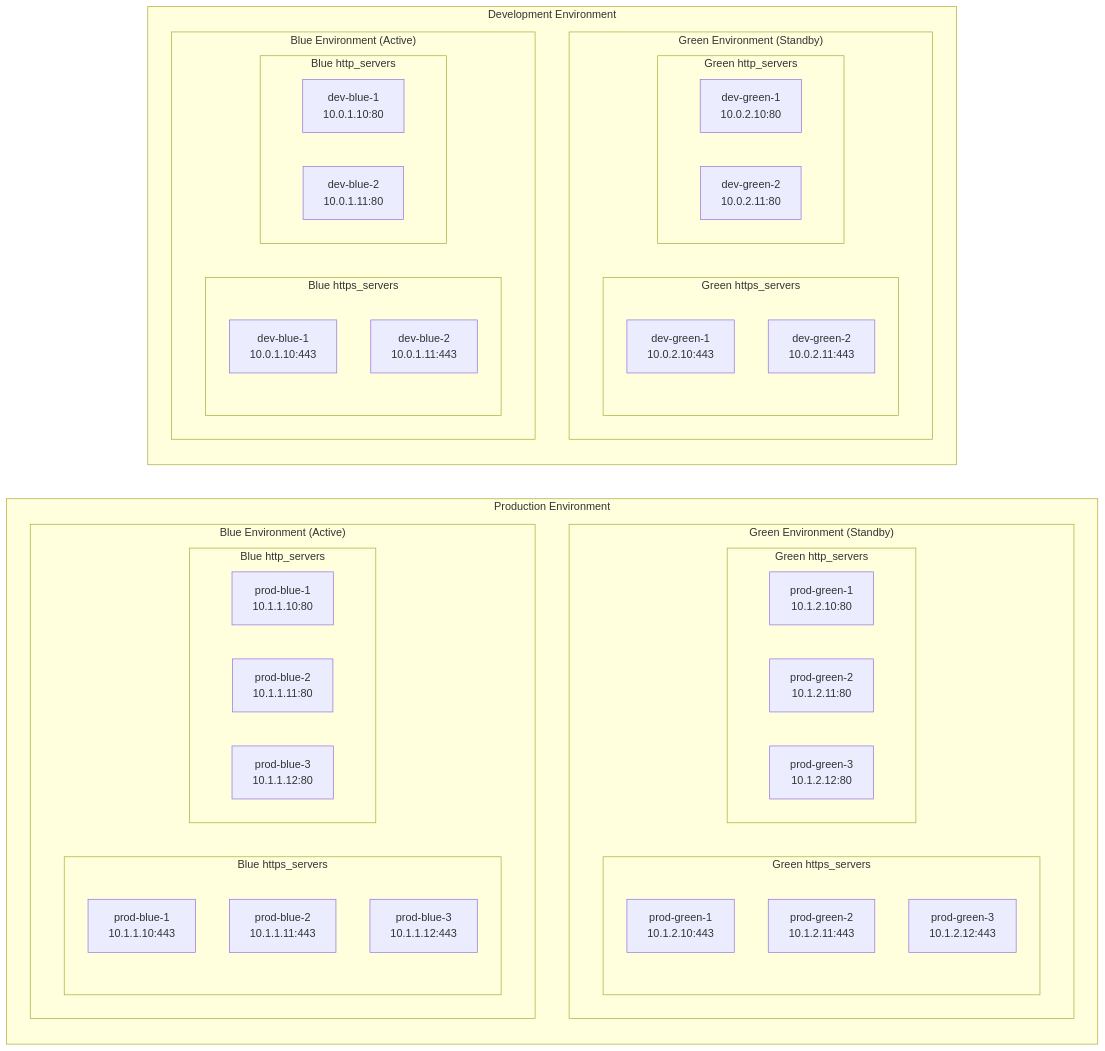
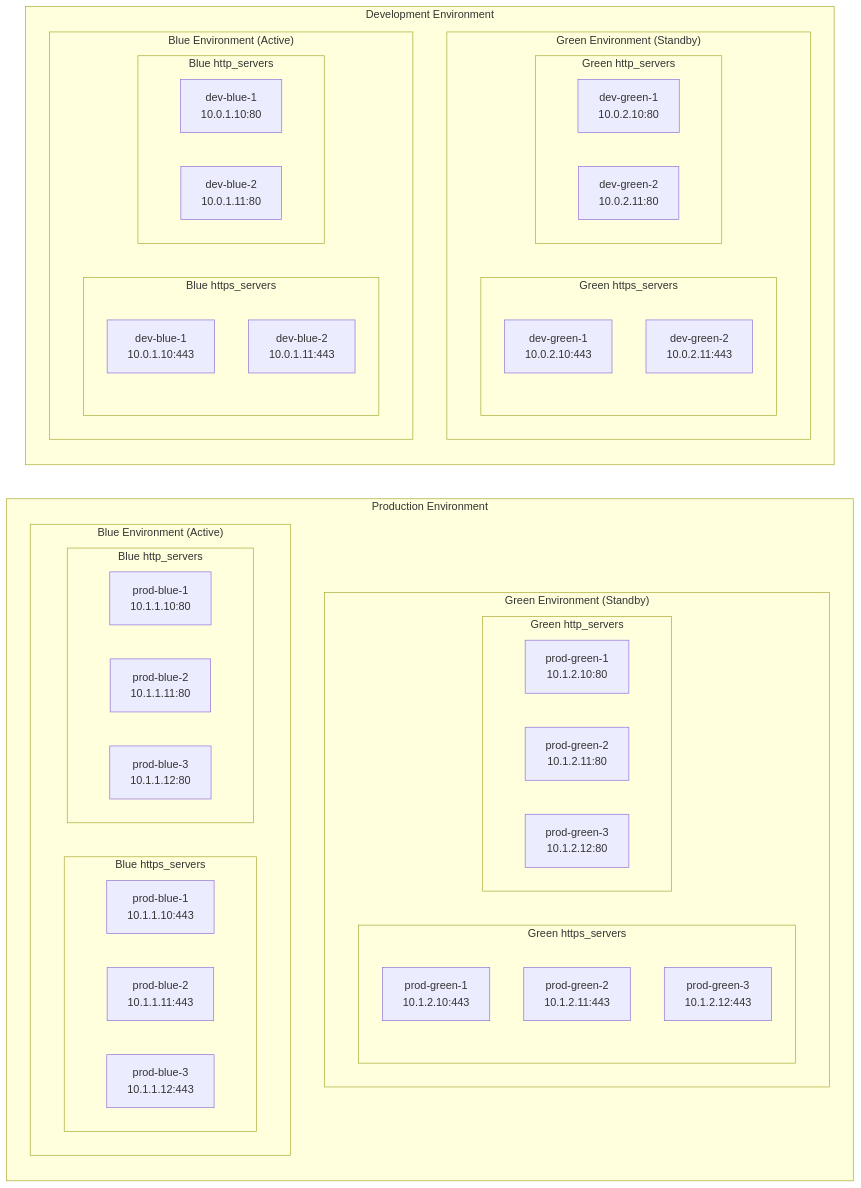
One commit to cadjai/ocp4-cluster-workload-migration changed the second of 2 diagrams in HAPROXY-BLUE-GREEN-README.md. Above: the diagram before and after it, drawn with Mermaid.

Commit message:
edit diagram

````diff
--- a/HAPROXY-BLUE-GREEN-README.md
+++ b/HAPROXY-BLUE-GREEN-README.md
@@ -60,54 +60,58 @@
 ```mermaid
 graph LR 
     subgraph "Production Environment"
         subgraph "Green Environment (Standby)"
             subgraph "Green https_servers"
                 PG4[prod-green-1<br/>10.1.2.10:443]
                 PG5[prod-green-2<br/>10.1.2.11:443]
                 PG6[prod-green-3<br/>10.1.2.12:443]
             end
             subgraph "Green http_servers"
                 PG1[prod-green-1<br/>10.1.2.10:80]
                 PG2[prod-green-2<br/>10.1.2.11:80]
                 PG3[prod-green-3<br/>10.1.2.12:80]
             end
         end
         subgraph "Blue Environment (Active)"
             subgraph "Blue https_servers"
+            direction LR
                 PB4[prod-blue-1<br/>10.1.1.10:443]
                 PB5[prod-blue-2<br/>10.1.1.11:443]
                 PB6[prod-blue-3<br/>10.1.1.12:443]
             end
             subgraph "Blue http_servers"
+            direction LR
                 PB1[prod-blue-1<br/>10.1.1.10:80]
                 PB2[prod-blue-2<br/>10.1.1.11:80]
                 PB3[prod-blue-3<br/>10.1.1.12:80]
             end
         end
     end
 
     subgraph "Development Environment"
         subgraph "Green Environment (Standby)"
+            direction LR
             subgraph "Green https_servers"
                 DG3[dev-green-1<br/>10.0.2.10:443]
                 DG4[dev-green-2<br/>10.0.2.11:443]
             end
             subgraph "Green http_servers"
                 DG1[dev-green-1<br/>10.0.2.10:80]
                 DG2[dev-green-2<br/>10.0.2.11:80]
             end
         end
         subgraph "Blue Environment (Active)"
+            direction LR
             subgraph "Blue https_servers"
                 DB3[dev-blue-1<br/>10.0.1.10:443]
                 DB4[dev-blue-2<br/>10.0.1.11:443]
             end
             subgraph "Blue http_servers"
                 DB1[dev-blue-1<br/>10.0.1.10:80]
                 DB2[dev-blue-2<br/>10.0.1.11:80]
             end
         end
     end
     
 
 ```
````
